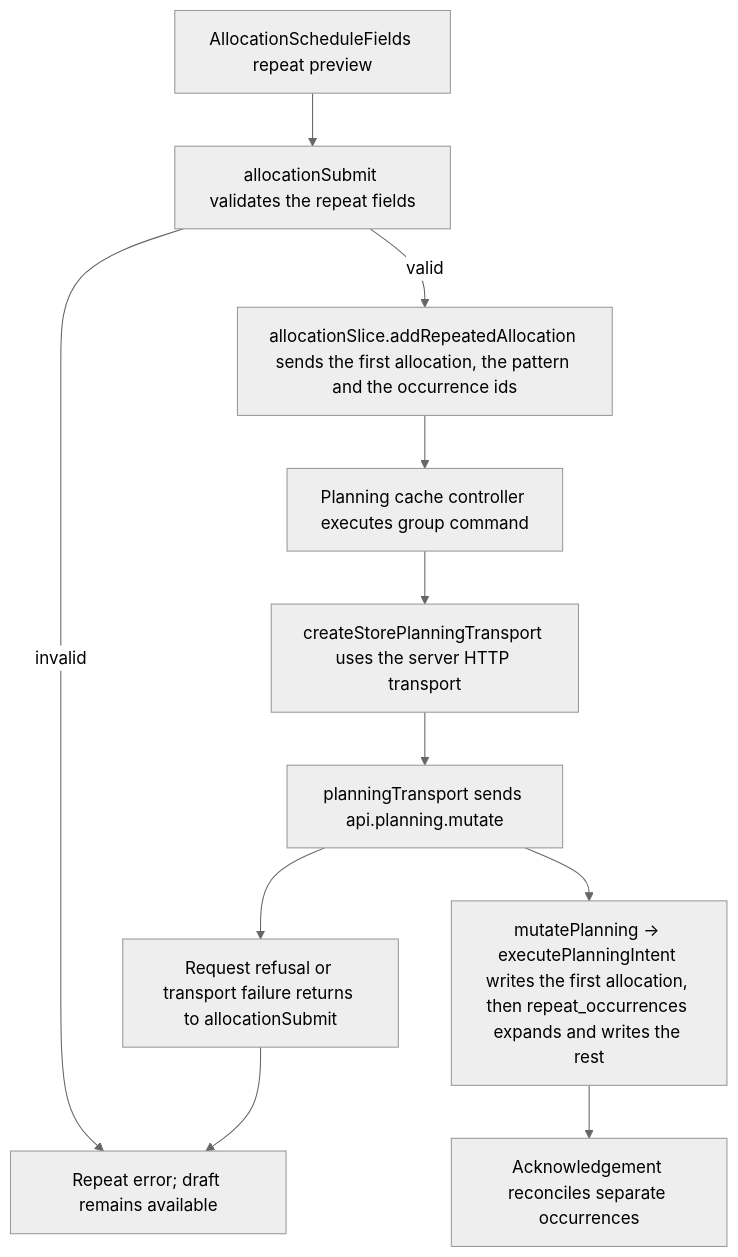
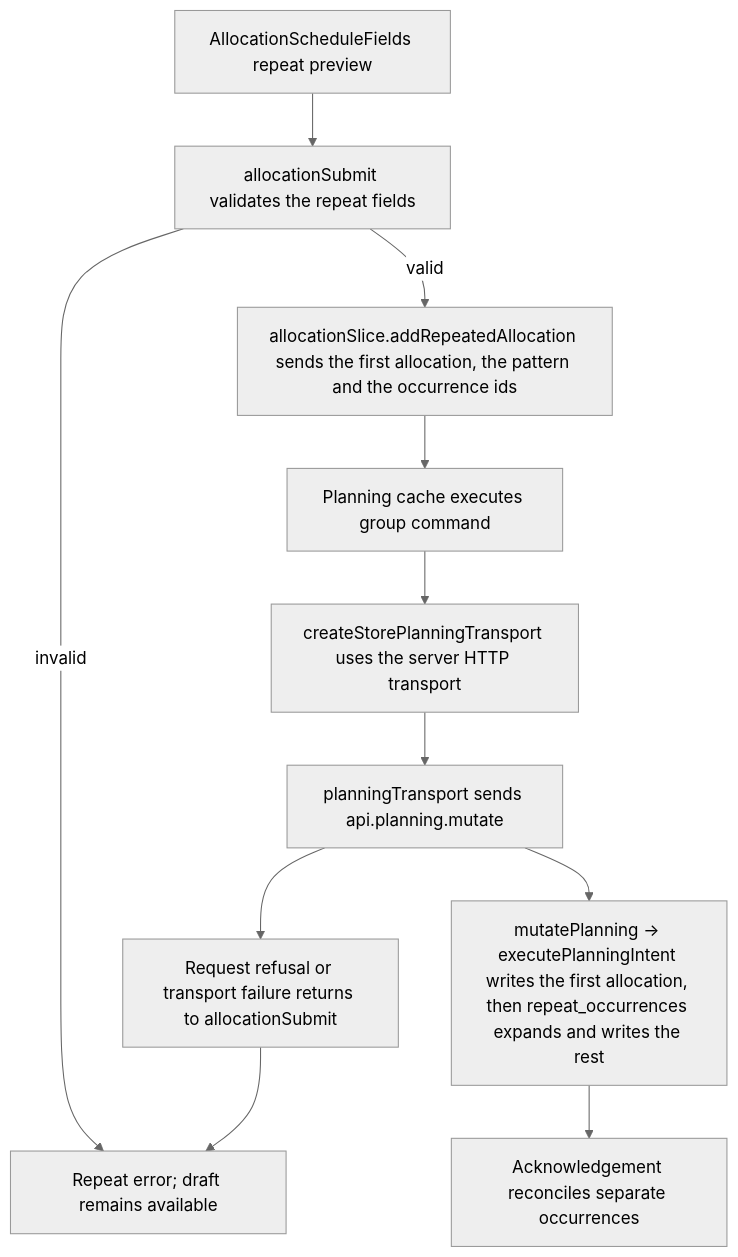
The second of 2 diagrams in user-stories/allocation/US-ALL-09-repeat-creation.md (Kevinjohn/capacitylens), drawn with Mermaid (neutral theme) before and after one commit. The commit also changed other lines of this file and 117 other files, not shown here.

First line of the commit message:
Planning cache: rename the planning cache controller family

````diff
--- a/user-stories/allocation/US-ALL-09-repeat-creation.md
+++ b/user-stories/allocation/US-ALL-09-repeat-creation.md
@@ -45,13 +45,13 @@
 ```mermaid
 flowchart TD
   A["AllocationScheduleFields repeat preview"] --> B["allocationSubmit validates the repeat fields"]
   B -->|valid| C["allocationSlice.addRepeatedAllocation sends the first allocation, the pattern and the occurrence ids"]
   B -->|invalid| I["Repeat/date error; no write"]
-  C --> D["Planning cache controller executes group command"]
+  C --> D["Planning cache executes group command"]
   D --> E["createStorePlanningTransport uses the server HTTP transport"]
   E --> F["planningTransport sends api.planning.mutate"]
   F --> J["Request refusal or transport failure returns to allocationSubmit"]
   J --> I["Repeat error; draft remains available"]
   F --> G["mutatePlanning → executePlanningIntent writes the first allocation, then repeat_occurrences expands and writes the rest"]
   G --> H["Acknowledgement reconciles separate occurrences"]
 ```
````
